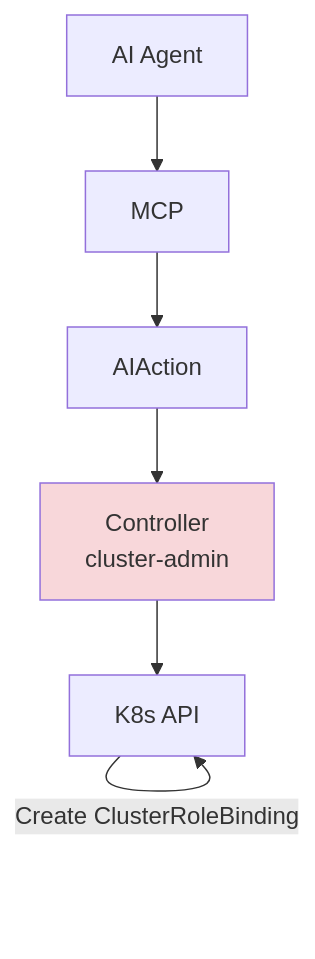
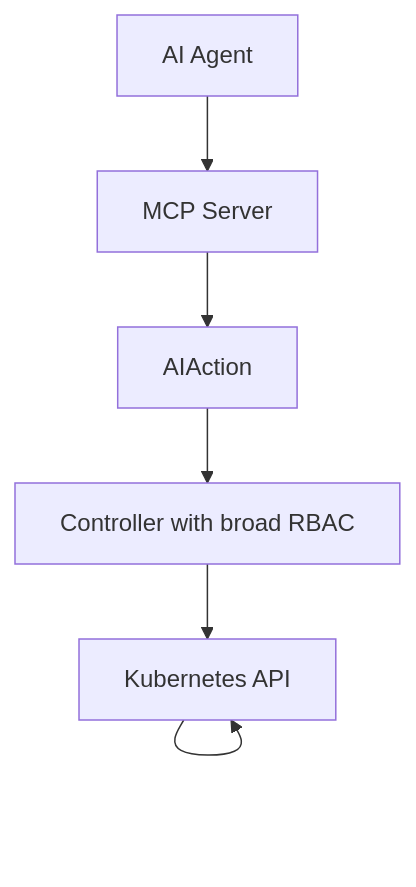
The sixth of 8 diagrams in openai/mcp/labs__.md (babywyrm/sysadmin), drawn with Mermaid before and after one commit. The commit also changed other lines of this file, not shown here.

````diff
--- a/openai/mcp/labs__.md
+++ b/openai/mcp/labs__.md
@@ -197,13 +188,11 @@
 ```mermaid
 flowchart TB
     AI[AI Agent]
-    MCP[MCP]
+    MCP[MCP Server]
     CRD[AIAction]
-    CTRL[Controller<br/>cluster-admin]
-    KAPI[K8s API]
+    CTRL[Controller with broad RBAC]
+    KAPI[Kubernetes API]
 
     AI --> MCP --> CRD --> CTRL --> KAPI
-    KAPI -->|Create ClusterRoleBinding| KAPI
-
-    style CTRL fill:#f8d7da
+    KAPI --> KAPI
 ```
````
